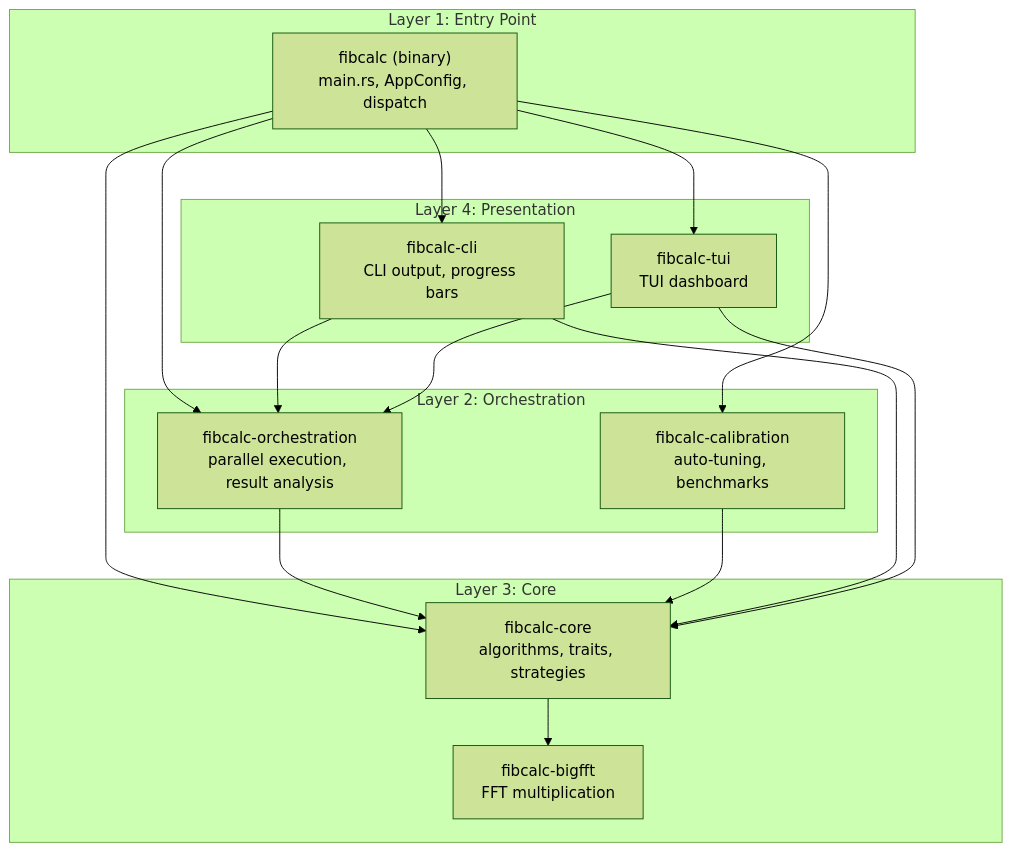
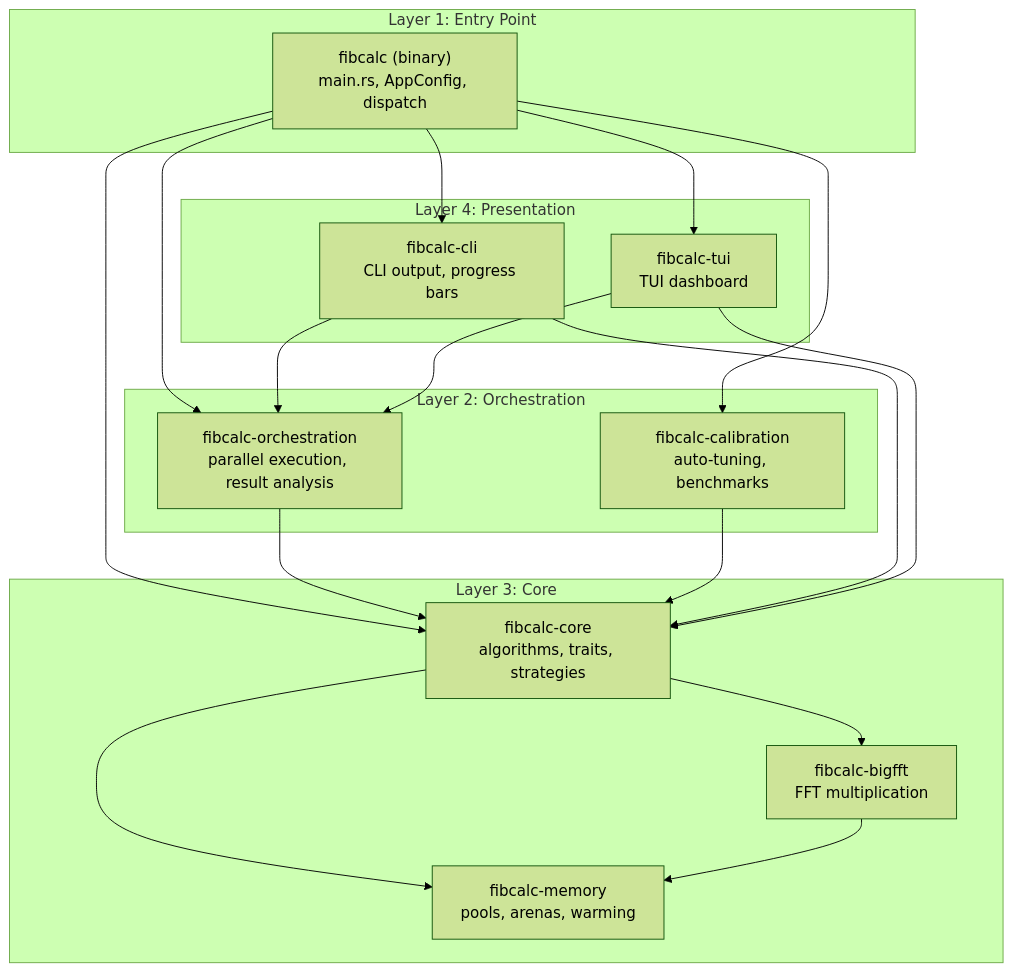
The first of 5 diagrams in docs/ARCHITECTURE.md (agbruneau/FibRust), drawn with Mermaid (forest theme) before and after one commit. The commit also changed other lines of this file and 4 other files, not shown here.

First line of the commit message:
docs: update documentation with fibcalc-memory crate

````diff
--- a/docs/ARCHITECTURE.md
+++ b/docs/ARCHITECTURE.md
@@ -75,34 +75,37 @@
 ```mermaid
 graph TB
     subgraph "Layer 1: Entry Point"
         main["fibcalc (binary)<br/>main.rs, AppConfig, dispatch"]
     end
 
     subgraph "Layer 2: Orchestration"
         orch["fibcalc-orchestration<br/>parallel execution, result analysis"]
         calib["fibcalc-calibration<br/>auto-tuning, benchmarks"]
     end
 
     subgraph "Layer 3: Core"
         core["fibcalc-core<br/>algorithms, traits, strategies"]
         bigfft["fibcalc-bigfft<br/>FFT multiplication"]
+        memory["fibcalc-memory<br/>pools, arenas, warming"]
     end
 
     subgraph "Layer 4: Presentation"
         cli["fibcalc-cli<br/>CLI output, progress bars"]
         tui["fibcalc-tui<br/>TUI dashboard"]
     end
 
     main --> orch
     main --> calib
     main --> cli
     main --> tui
     main --> core
     orch --> core
     calib --> core
     core --> bigfft
+    core --> memory
+    bigfft --> memory
     cli --> core
     cli --> orch
     tui --> core
     tui --> orch
 ```
````
